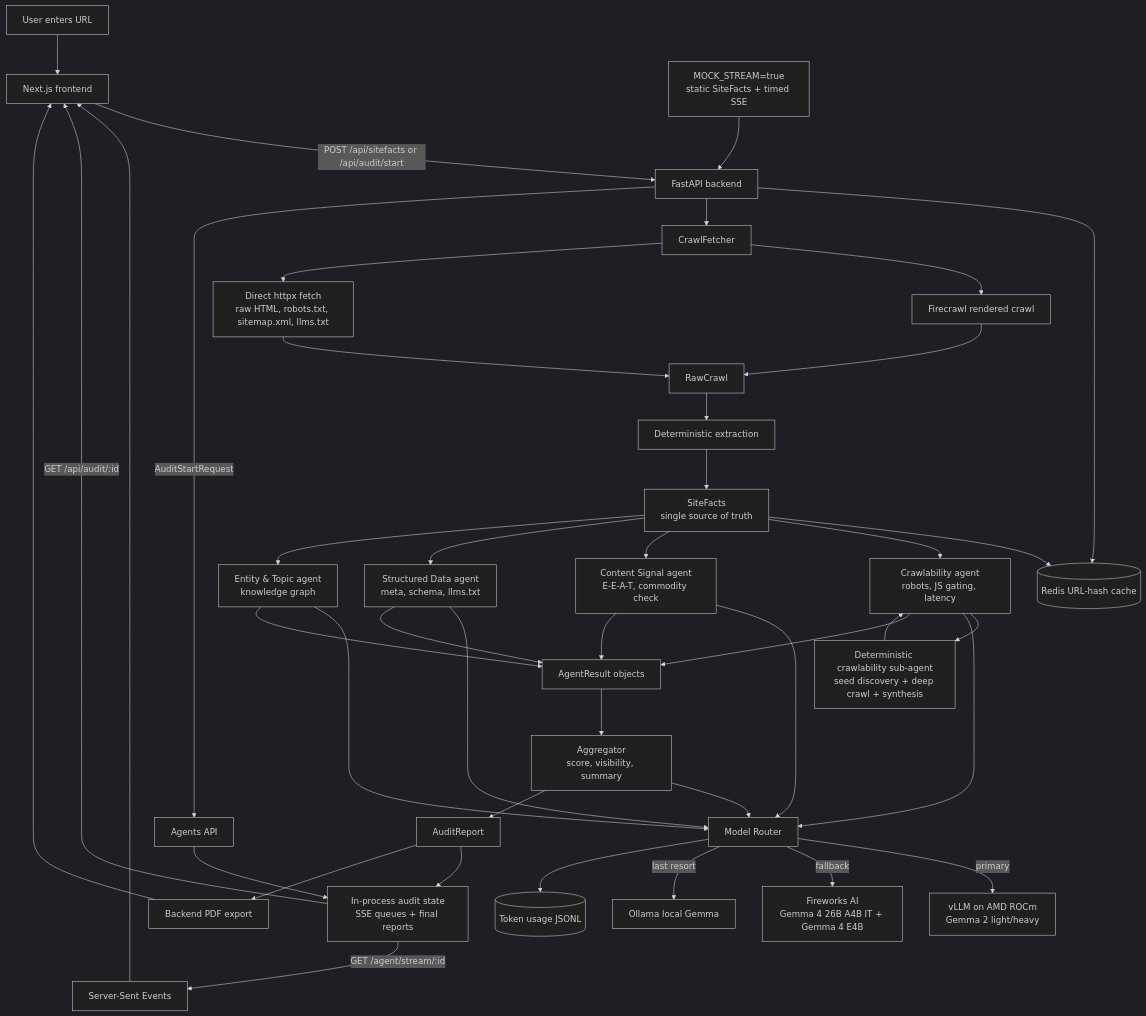
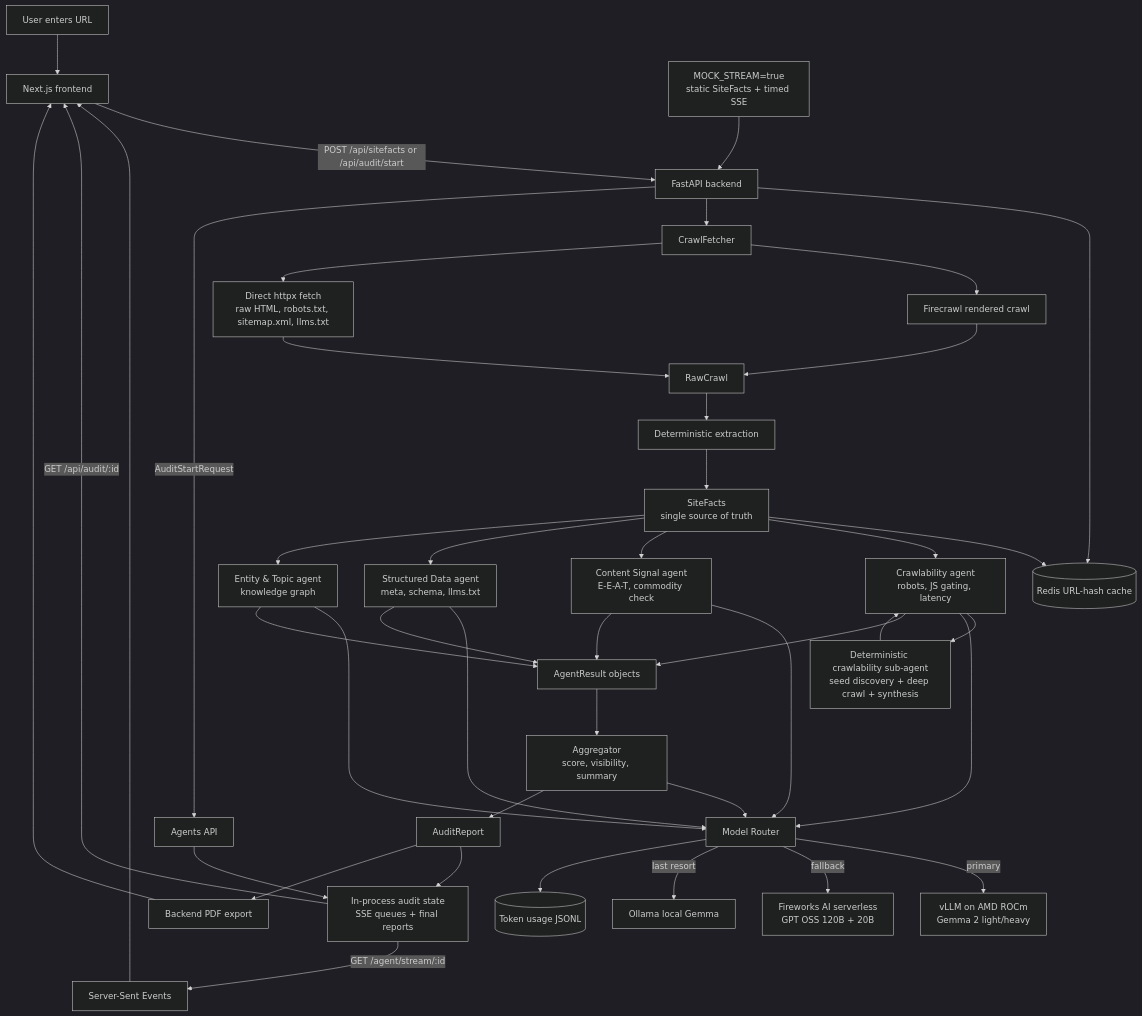
Before and after one commit to adi-amatdev/Findable: the diagram in ReadMe.md, drawn with Mermaid (dark theme). The commit also changed other lines of this file and 10 other files, not shown here.

Commit message:
Added serverless models, gemma family not supported. updated readme and okf to support the same

````diff
--- a/ReadMe.md
+++ b/ReadMe.md
@@ -29,53 +29,53 @@
 ```mermaid
 flowchart TB
     user[User enters URL] --> fe[Next.js frontend]
     fe -->|POST /api/sitefacts or /api/audit/start| api[FastAPI backend]
 
     api --> cache[(Redis URL-hash cache)]
     api --> crawl[CrawlFetcher]
     crawl --> firecrawl[Firecrawl rendered crawl]
     crawl --> direct[Direct httpx fetch<br/>raw HTML, robots.txt, sitemap.xml, llms.txt]
     firecrawl --> raw[RawCrawl]
     direct --> raw
     raw --> extract[Deterministic extraction]
     extract --> facts[SiteFacts<br/>single source of truth]
     facts --> cache
 
     api -->|AuditStartRequest| agents_api[Agents API]
     agents_api --> state[In-process audit state<br/>SSE queues + final reports]
 
     facts --> crawl_agent[Crawlability agent<br/>robots, JS gating, latency]
     facts --> content_agent[Content Signal agent<br/>E-E-A-T, commodity check]
     facts --> structured_agent[Structured Data agent<br/>meta, schema, llms.txt]
     facts --> entity_agent[Entity & Topic agent<br/>knowledge graph]
 
     crawl_agent --> crawl_sub[Deterministic crawlability sub-agent<br/>seed discovery + deep crawl + synthesis]
     crawl_sub --> crawl_agent
 
     crawl_agent --> router[Model Router]
     content_agent --> router
     structured_agent --> router
     entity_agent --> router
     aggregator[Aggregator<br/>score, visibility, summary] --> router
 
     router -->|primary| vllm[vLLM on AMD ROCm<br/>Gemma 2 light/heavy]
-    router -->|fallback| fireworks[Fireworks AI<br/>Gemma 4 26B A4B IT + Gemma 4 E4B]
+    router -->|fallback| fireworks[Fireworks AI serverless<br/>GPT OSS 120B + 20B]
     router -->|last resort| ollama[Ollama local Gemma]
     router --> tokenlog[(Token usage JSONL)]
 
     crawl_agent --> result[AgentResult objects]
     content_agent --> result
     structured_agent --> result
     entity_agent --> result
     result --> aggregator
     aggregator --> report[AuditReport]
     report --> state
 
     state -->|GET /agent/stream/:id| sse[Server-Sent Events]
     sse --> fe
     state -->|GET /api/audit/:id| fe
     report --> pdf[Backend PDF export]
     pdf --> fe
 
     mock[MOCK_STREAM=true<br/>static SiteFacts + timed SSE] --> api
 ```
````
